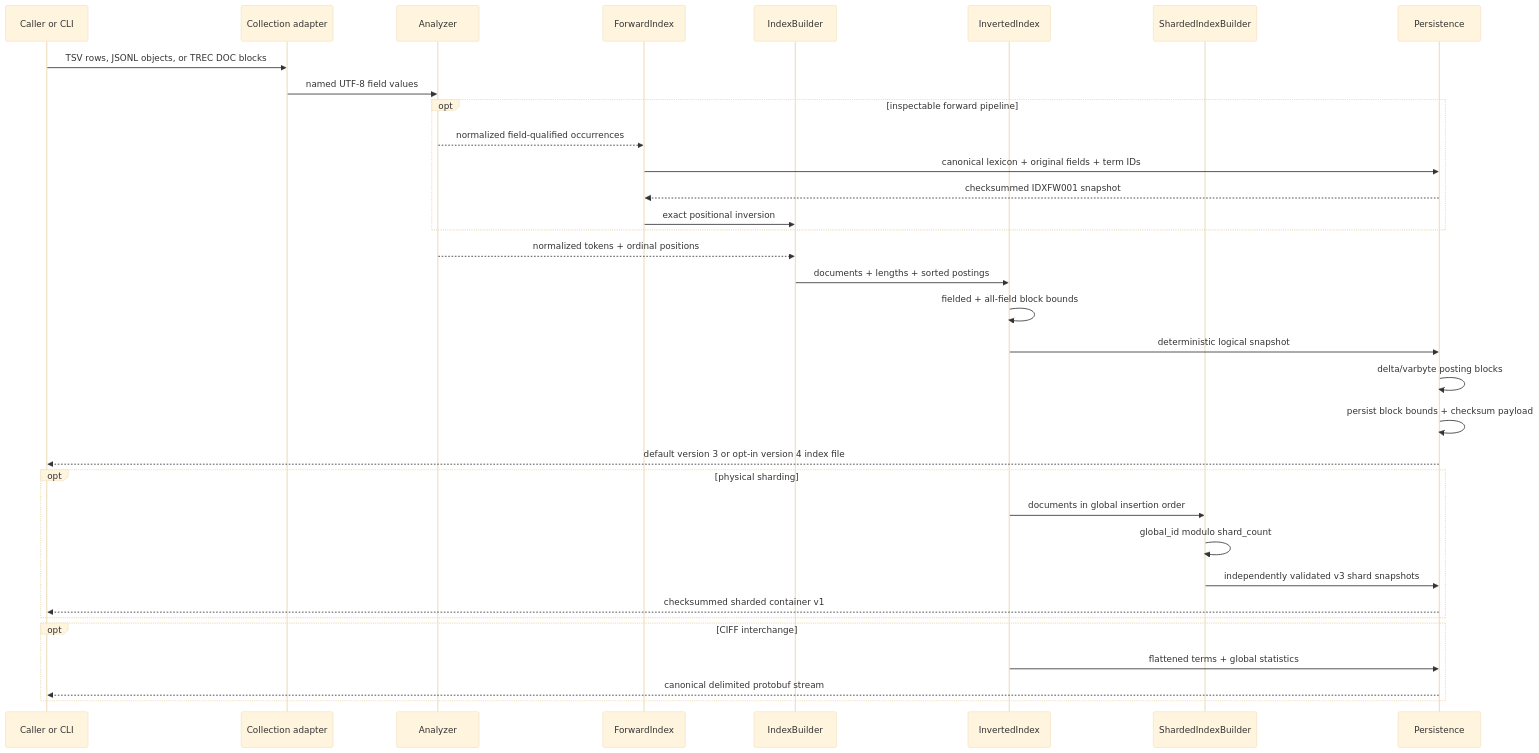
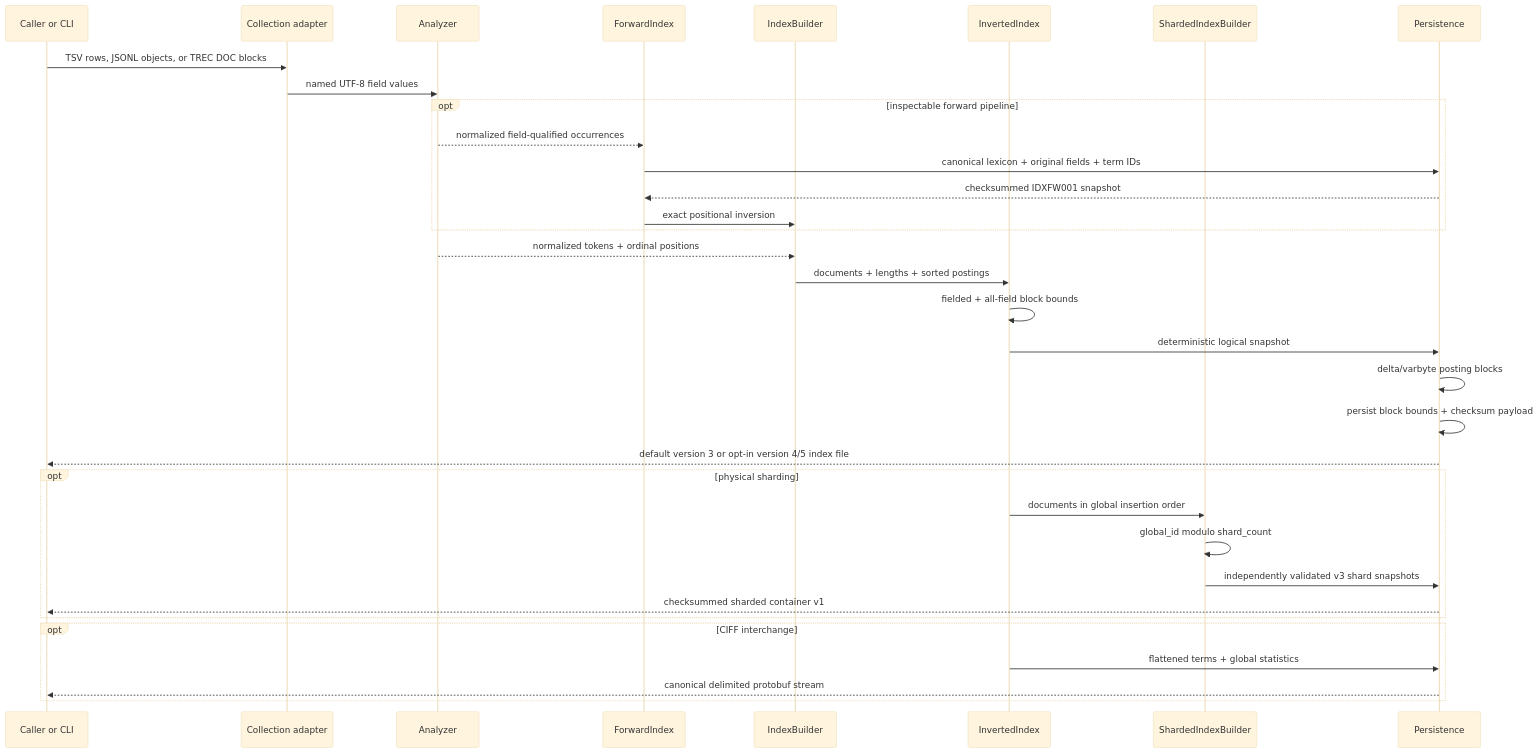
Before and after one commit to appleweiping/IndexSail: the first of 2 diagrams in docs/architecture.md, drawn with Mermaid (base theme). The commit also changed other lines of this file and 13 other files, not shown here.

````diff
--- a/docs/architecture.md
+++ b/docs/architecture.md
@@ -28,37 +29,37 @@
 ```mermaid
 sequenceDiagram
     participant U as Caller or CLI
     participant A as Collection adapter
     participant N as Analyzer
     participant F as ForwardIndex
     participant B as IndexBuilder
     participant I as InvertedIndex
     participant S as ShardedIndexBuilder
     participant P as Persistence
 
     U->>A: TSV rows, JSONL objects, or TREC DOC blocks
     A->>N: named UTF-8 field values
     opt inspectable forward pipeline
         N-->>F: normalized field-qualified occurrences
         F->>P: canonical lexicon + original fields + term IDs
         P-->>F: checksummed IDXFW001 snapshot
         F->>B: exact positional inversion
     end
     N-->>B: normalized tokens + ordinal positions
     B->>I: documents + lengths + sorted postings
     I->>I: fielded + all-field block bounds
     I->>P: deterministic logical snapshot
     P->>P: delta/varbyte posting blocks
     P->>P: persist block bounds + checksum payload
-    P-->>U: default version 3 or opt-in version 4 index file
+    P-->>U: default version 3 or opt-in version 4/5 index file
     opt physical sharding
         I->>S: documents in global insertion order
         S->>S: global_id modulo shard_count
         S->>P: independently validated v3 shard snapshots
         P-->>U: checksummed sharded container v1
     end
     opt CIFF interchange
         I->>P: flattened terms + global statistics
         P-->>U: canonical delimited protobuf stream
     end
 ```
````
